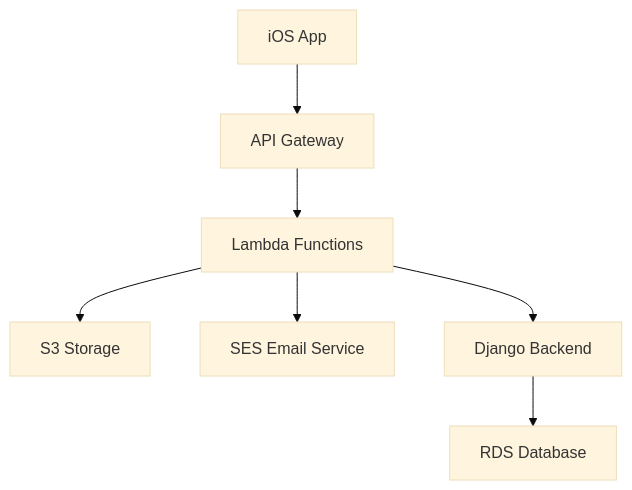
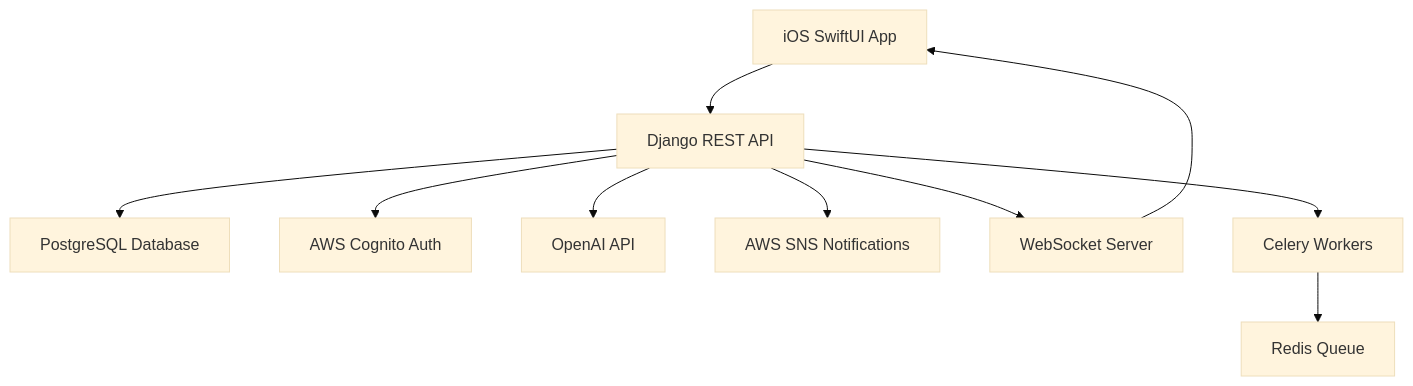
One commit to tiazahmd/the-phoenix changed the diagram in README.md. Above: the diagram before and after it, drawn with Mermaid (base theme). The commit also changed other lines of this file and 21 other files, not shown here.

````diff
--- a/README.md
+++ b/README.md
@@ -15,9 +31,12 @@
 ```mermaid
 graph TD
-    A[iOS App] --> B[API Gateway]
-    B --> C[Lambda Functions]
-    C --> D[S3 Storage]
-    C --> E[SES Email Service]
-    F[Django Backend] --> G[RDS Database]
-    C --> F
+    A[iOS SwiftUI App] --> B[Django REST API]
+    B --> C[PostgreSQL Database]
+    B --> D[AWS Cognito Auth]
+    B --> E[OpenAI API]
+    B --> F[AWS SNS Notifications]
+    G[WebSocket Server] --> A
+    B --> G
+    H[Celery Workers] --> I[Redis Queue]
+    B --> H
 ```
````
